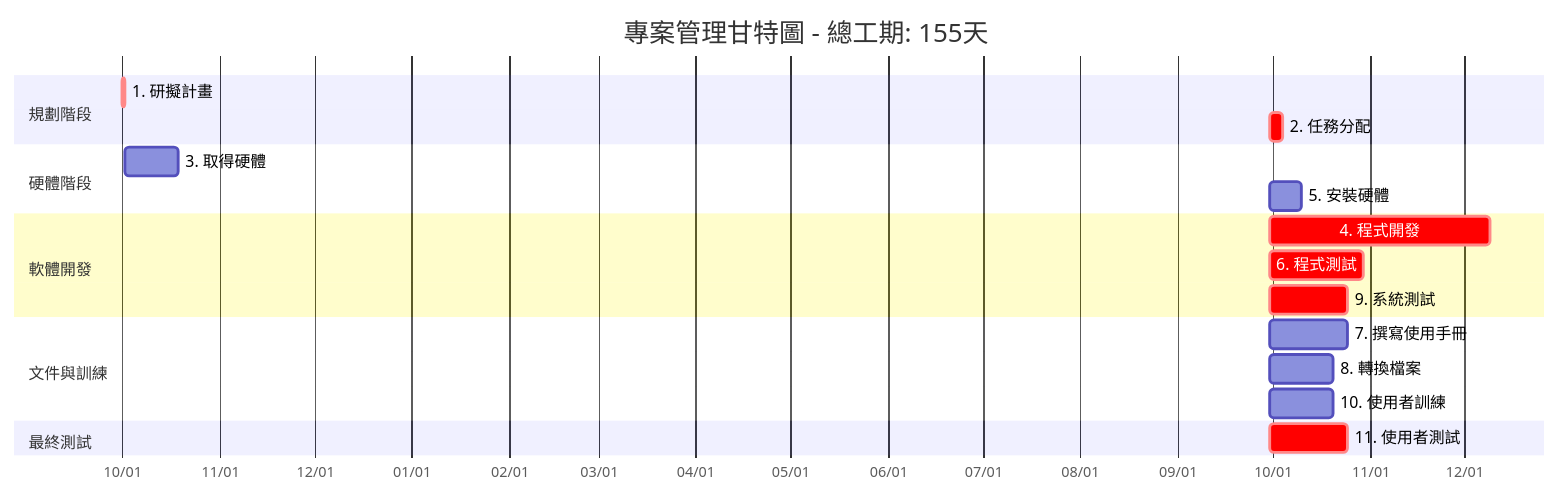
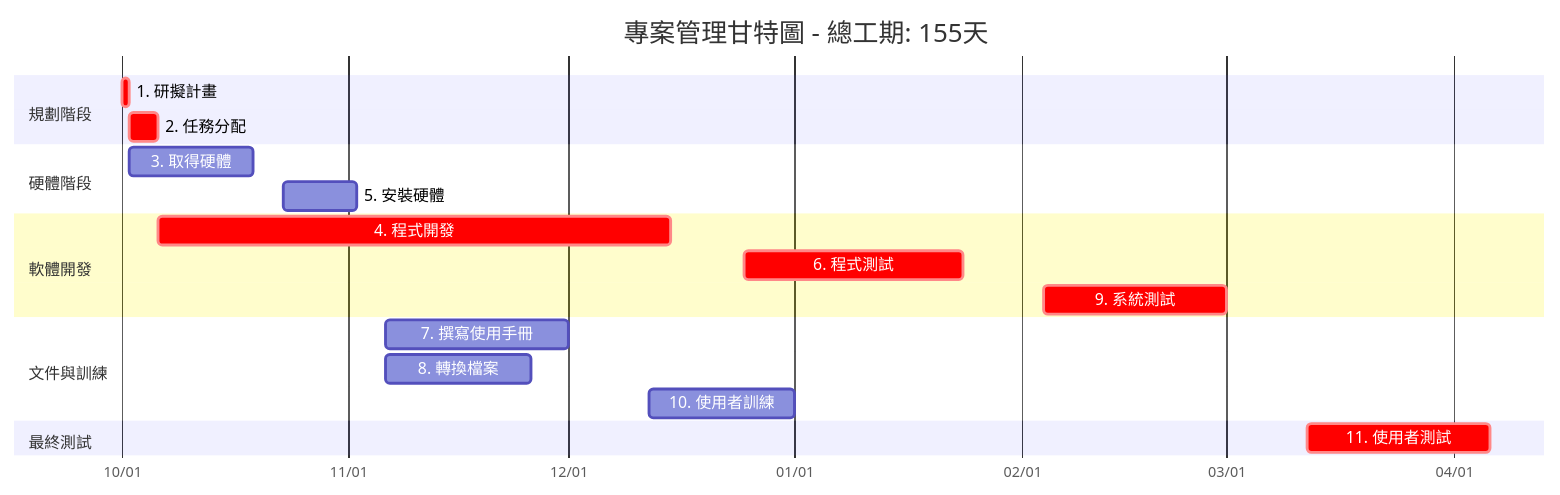
One commit to auia541/p1 changed the diagram in HW2.md. Above: the diagram before and after it, drawn with Mermaid.

````diff
--- a/HW2.md
+++ b/HW2.md
@@ -1,27 +1,27 @@
 ```mermaid
 gantt
     title 專案管理甘特圖 - 總工期: 155天
     dateFormat YYYY-MM-DD
     axisFormat %m/%d
     
     section 規劃階段
     1. 研擬計畫     :crit, 2024-10-01, 1d
-    2. 任務分配     :crit, after 1, 4d
+    2. 任務分配     :crit, 2024-10-02, 4d
     
     section 硬體階段
     3. 取得硬體     :2024-10-02, 17d
-    5. 安裝硬體     :after 3, 10d
+    5. 安裝硬體     :2024-10-23, 10d
     
     section 軟體開發
-    4. 程式開發     :crit, after 2, 70d
-    6. 程式測試     :crit, after 4, 30d
-    9. 系統測試     :crit, after 6, 25d
+    4. 程式開發     :crit, 2024-10-06, 70d
+    6. 程式測試     :crit, 2024-12-25, 30d
+    9. 系統測試     :crit, 2025-02-04, 25d
     
     section 文件與訓練
-    7. 撰寫使用手冊  :after 5, 25d
-    8. 轉換檔案     :after 5, 20d
-    10. 使用者訓練  :after 7 8, 20d
+    7. 撰寫使用手冊  :2024-11-06, 25d
+    8. 轉換檔案     :2024-11-06, 20d
+    10. 使用者訓練  :2024-12-12, 20d
     
     section 最終測試
-    11. 使用者測試  :crit, after 9 10, 25d
+    11. 使用者測試  :crit, 2025-03-12, 25d
 ```
````
